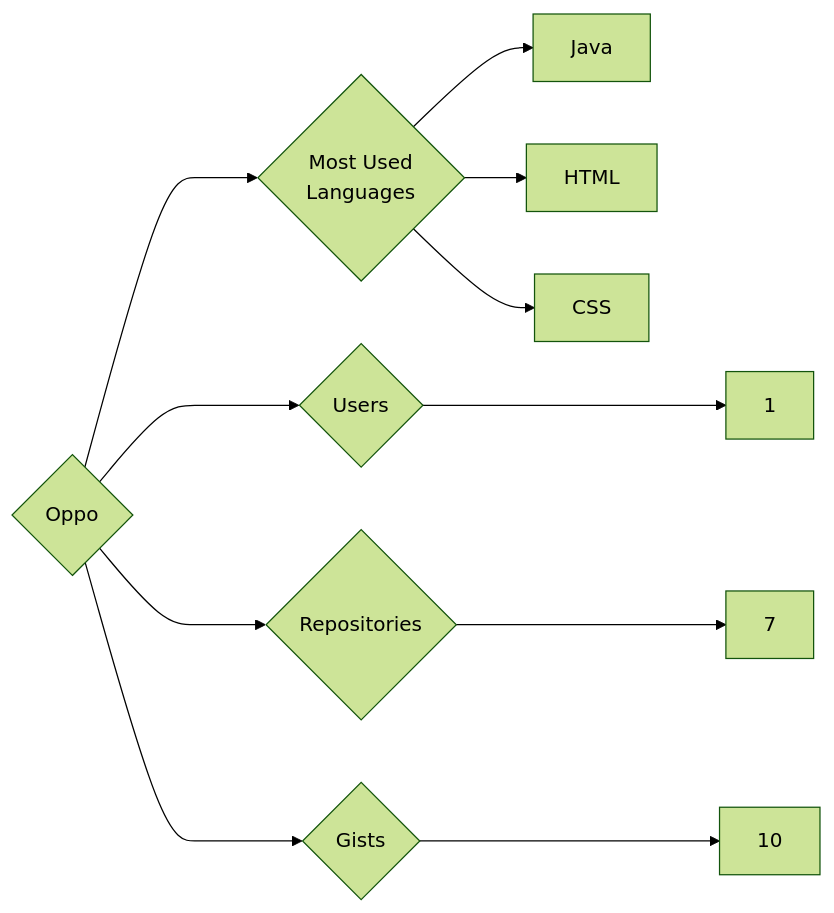
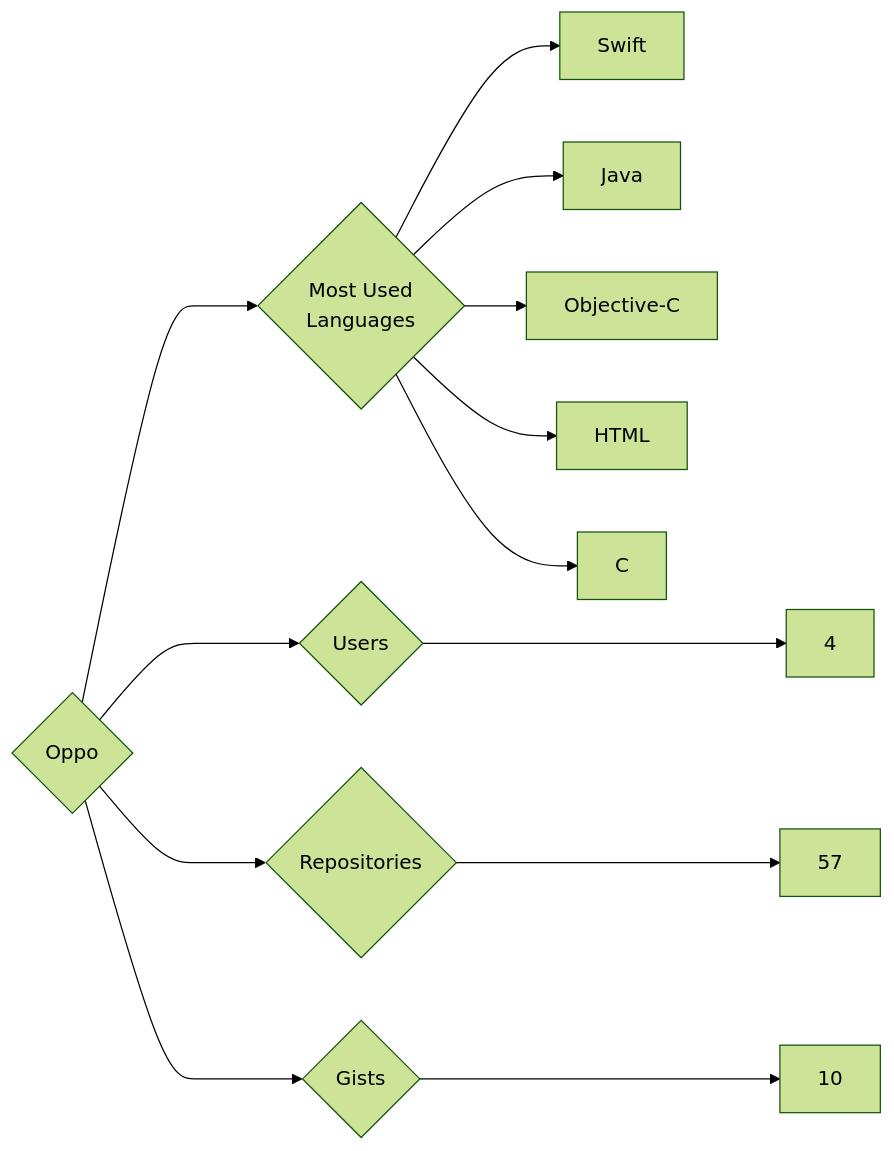
One commit to trickest/insiders changed the diagram in targets/Oppo/README.md. Above: the diagram before and after it, drawn with Mermaid (forest theme). The commit also changed 806 other files, not shown here.

````diff
--- a/targets/Oppo/README.md
+++ b/targets/Oppo/README.md
@@ -3,11 +3,13 @@
 ```mermaid
 graph LR
 COMPANY_NAME{Oppo}
-COMPANY_NAME ---> U{Users} ---> UN[1]
-COMPANY_NAME ---> R{Repositories} ---> RN[7]
+COMPANY_NAME ---> U{Users} ---> UN[4]
+COMPANY_NAME ---> R{Repositories} ---> RN[57]
 COMPANY_NAME ---> G{Gists} ---> GN[10]
 COMPANY_NAME ---> ML{Most Used<br>Languages}
+ML --> Swift[Swift]
 ML --> Java[Java]
+ML --> Objective-C[Objective-C]
 ML --> HTML[HTML]
-ML --> CSS[CSS]
+ML --> C[C]
 ```
````
